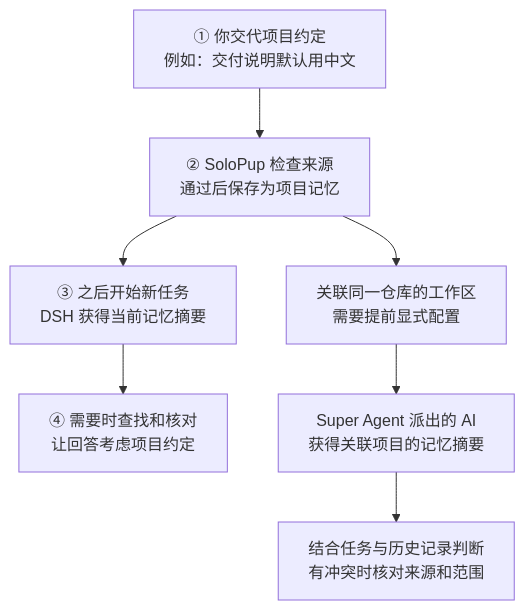
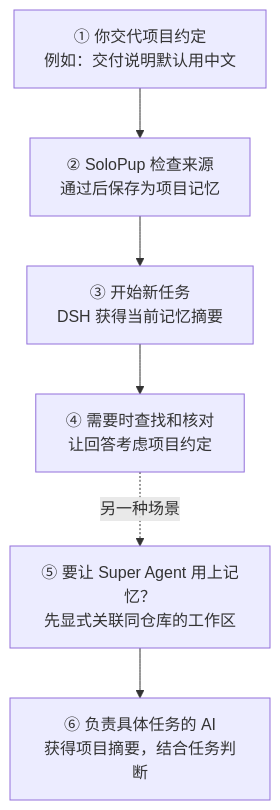
One commit to OakcoderX/solopup-memory changed the diagram in README.md. Above: the diagram before and after it, drawn with Mermaid. The commit also changed 1 other file, not shown here.

Commit message:
Improve memory diagram for narrow screens

````diff
--- a/README.md
+++ b/README.md
@@ -13,9 +13,8 @@
 ```mermaid
 flowchart TD
     A["① 你交代项目约定<br/>例如：交付说明默认用中文"] --> B["② SoloPup 检查来源<br/>通过后保存为项目记忆"]
-    B --> C["③ 之后开始新任务<br/>DSH 获得当前记忆摘要"]
+    B --> C["③ 开始新任务<br/>DSH 获得当前记忆摘要"]
     C --> D["④ 需要时查找和核对<br/>让回答考虑项目约定"]
-    B --> E["关联同一仓库的工作区<br/>需要提前显式配置"]
-    E --> F["Super Agent 派出的 AI<br/>获得关联项目的记忆摘要"]
-    F --> G["结合任务与历史记录判断<br/>有冲突时核对来源和范围"]
+    D -.->|另一种场景| E["⑤ 要让 Super Agent 用上记忆？<br/>先显式关联同仓库的工作区"]
+    E --> F["⑥ 负责具体任务的 AI<br/>获得项目摘要，结合任务判断"]
 ```
````
